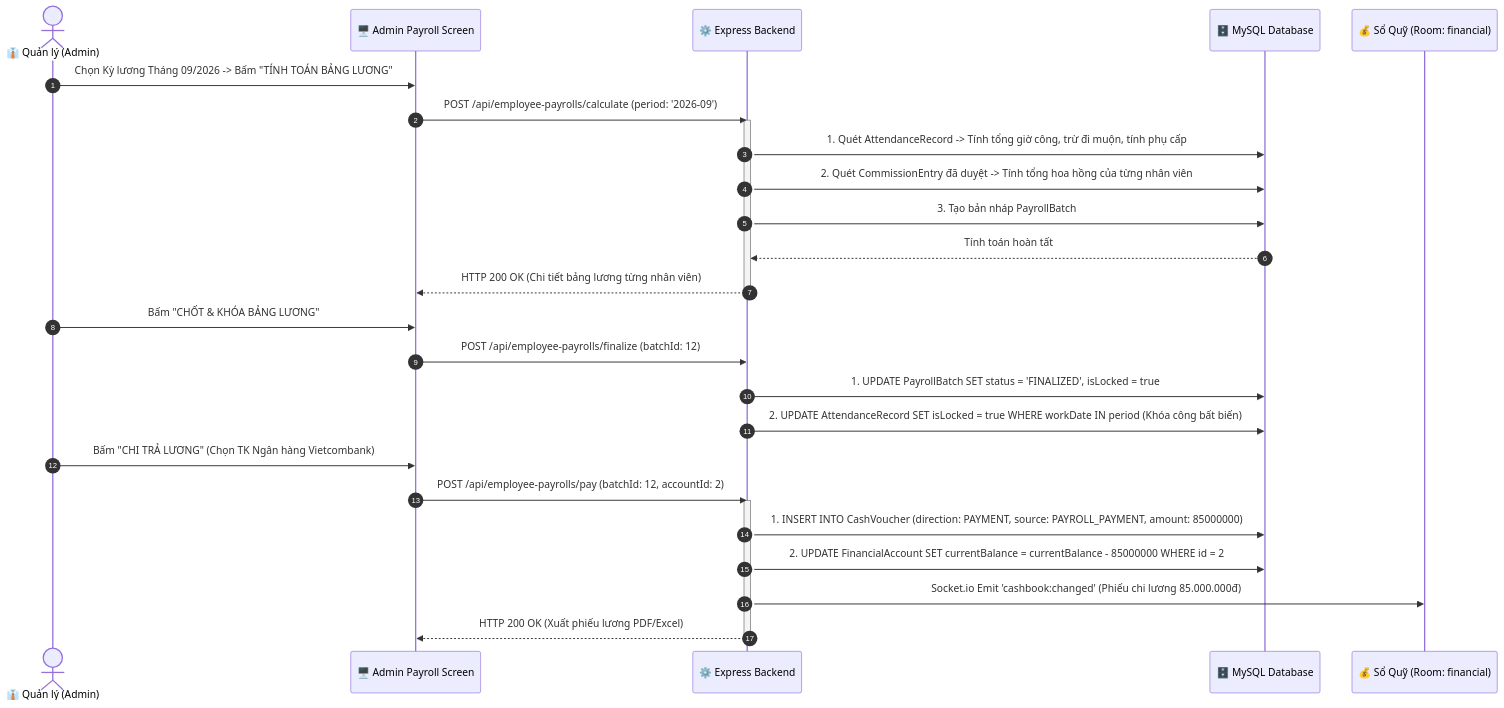
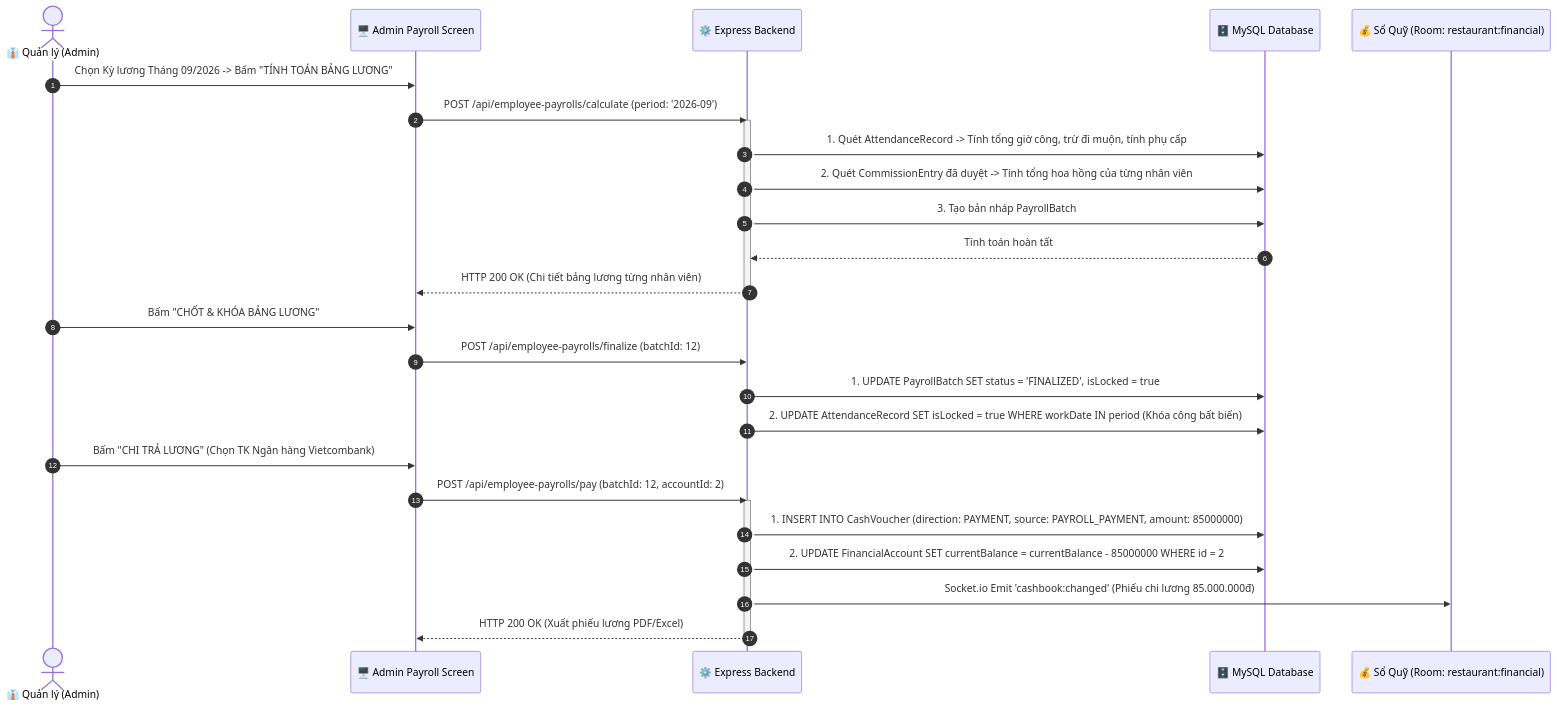
One commit to luongviettienns/WebAppQuanLyNhaHang changed the eighth of 9 diagrams in CHUC_NANG_VA_THAO_TAC_NGUOI_DUNG.md. Above: the diagram before and after it, drawn with Mermaid. The commit also changed other lines of this file and 1 other file, not shown here.

````diff
--- a/CHUC_NANG_VA_THAO_TAC_NGUOI_DUNG.md
+++ b/CHUC_NANG_VA_THAO_TAC_NGUOI_DUNG.md
@@ -854,34 +999,34 @@
 ```mermaid
 sequenceDiagram
     autonumber
     actor Admin as 👔 Quản lý (Admin)
     participant Dashboard as 🖥️ Admin Payroll Screen
     participant Server as ⚙️ Express Backend
     participant DB as 🗄️ MySQL Database
-    participant Cashbook as 💰 Sổ Quỹ (Room: financial)
+    participant Cashbook as 💰 Sổ Quỹ (Room: restaurant:financial)
 
     Admin->>Dashboard: Chọn Kỳ lương Tháng 09/2026 -> Bấm "TÍNH TOÁN BẢNG LƯƠNG"
     Dashboard->>Server: POST /api/employee-payrolls/calculate (period: '2026-09')
     activate Server
 
     Server->>DB: 1. Quét AttendanceRecord -> Tính tổng giờ công, trừ đi muộn, tính phụ cấp
     Server->>DB: 2. Quét CommissionEntry đã duyệt -> Tính tổng hoa hồng của từng nhân viên
     Server->>DB: 3. Tạo bản nháp PayrollBatch
     DB-->>Server: Tính toán hoàn tất
     Server-->>Dashboard: HTTP 200 OK (Chi tiết bảng lương từng nhân viên)
     deactivate Server
 
     Admin->>Dashboard: Bấm "CHỐT & KHÓA BẢNG LƯƠNG"
     Dashboard->>Server: POST /api/employee-payrolls/finalize (batchId: 12)
     Server->>DB: 1. UPDATE PayrollBatch SET status = 'FINALIZED', isLocked = true
     Server->>DB: 2. UPDATE AttendanceRecord SET isLocked = true WHERE workDate IN period (Khóa công bất biến)
 
     Admin->>Dashboard: Bấm "CHI TRẢ LƯƠNG" (Chọn TK Ngân hàng Vietcombank)
     Dashboard->>Server: POST /api/employee-payrolls/pay (batchId: 12, accountId: 2)
     activate Server
     Server->>DB: 1. INSERT INTO CashVoucher (direction: PAYMENT, source: PAYROLL_PAYMENT, amount: 85000000)
     Server->>DB: 2. UPDATE FinancialAccount SET currentBalance = currentBalance - 85000000 WHERE id = 2
     Server->>Cashbook: Socket.io Emit 'cashbook:changed' (Phiếu chi lương 85.000.000đ)
     Server-->>Dashboard: HTTP 200 OK (Xuất phiếu lương PDF/Excel)
     deactivate Server
 ```
````
